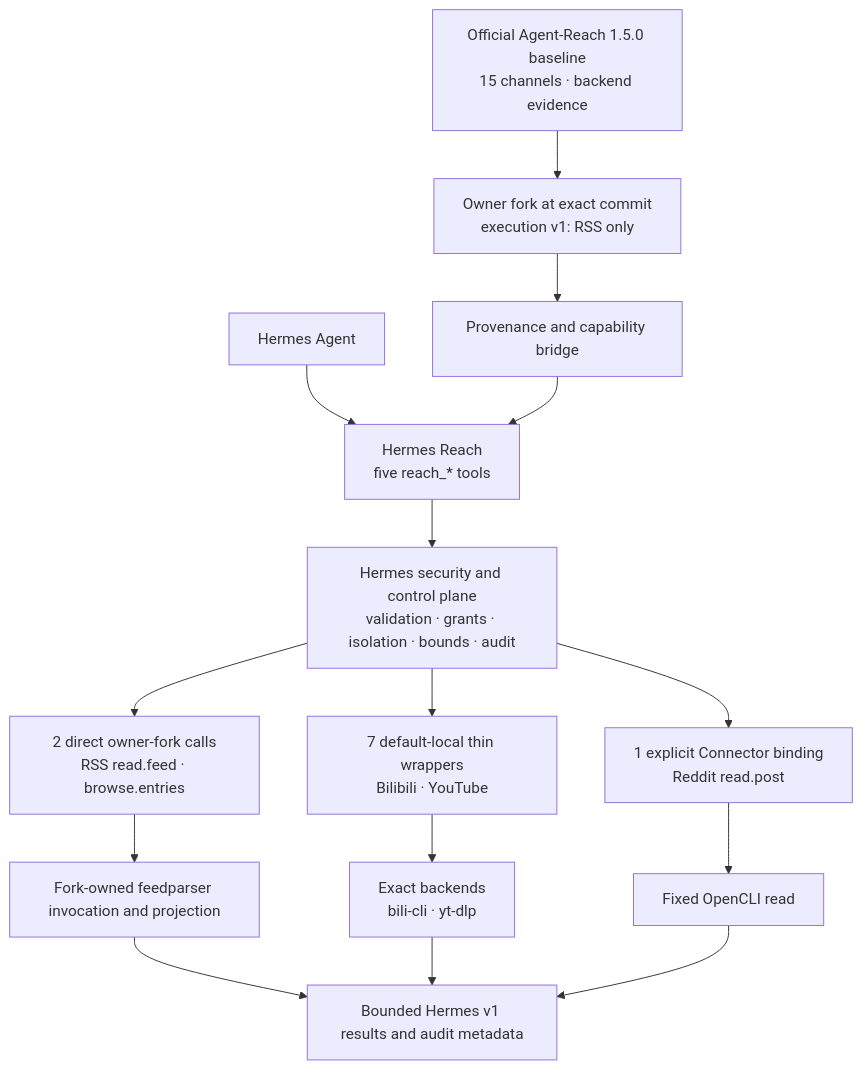
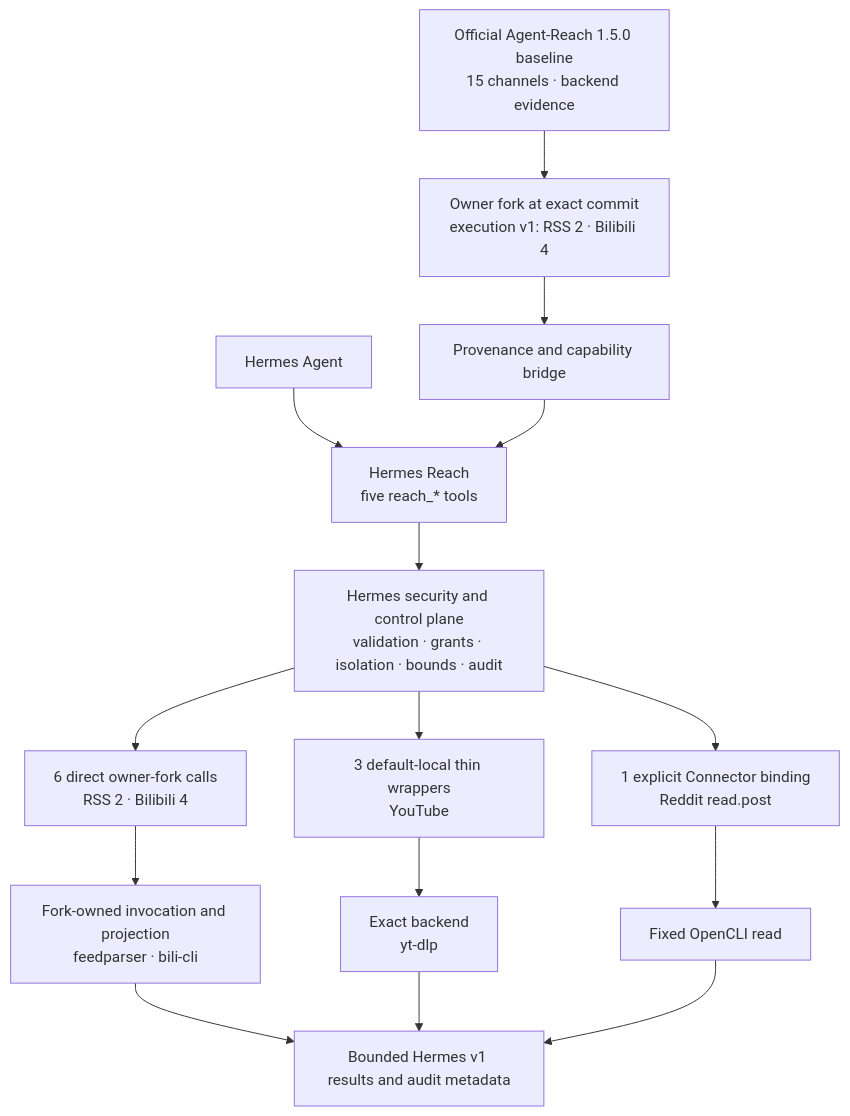
One commit to izumi0uu/hermes-reach changed the first of 2 diagrams in README_EN.md. Above: the diagram before and after it, drawn with Mermaid. The commit also changed other lines of this file and 29 other files, not shown here.

Commit message:
feat(agent-reach): execute Bilibili through fork runtime

````diff
--- a/README_EN.md
+++ b/README_EN.md
@@ -296,17 +296,17 @@
 ```mermaid
 flowchart TD
     Hermes["Hermes Agent"] --> Plugin["Hermes Reach<br/>five reach_* tools"]
-    Upstream["Official Agent-Reach 1.5.0 baseline<br/>15 channels · backend evidence"] --> Fork["Owner fork at exact commit<br/>execution v1: RSS only"]
+    Upstream["Official Agent-Reach 1.5.0 baseline<br/>15 channels · backend evidence"] --> Fork["Owner fork at exact commit<br/>execution v1: RSS 2 · Bilibili 4"]
     Fork --> Bridge["Provenance and capability bridge"]
     Bridge --> Plugin
     Plugin --> Guard["Hermes security and control plane<br/>validation · grants · isolation · bounds · audit"]
-    Guard --> RSS["2 direct owner-fork calls<br/>RSS read.feed · browse.entries"]
-    Guard --> Local["7 default-local thin wrappers<br/>Bilibili · YouTube"]
+    Guard --> ForkOps["6 direct owner-fork calls<br/>RSS 2 · Bilibili 4"]
+    Guard --> Local["3 default-local thin wrappers<br/>YouTube"]
     Guard --> Connector["1 explicit Connector binding<br/>Reddit read.post"]
-    RSS --> Feedparser["Fork-owned feedparser invocation and projection"]
-    Local --> Backends["Exact backends<br/>bili-cli · yt-dlp"]
+    ForkOps --> ForkBackends["Fork-owned invocation and projection<br/>feedparser · bili-cli"]
+    Local --> Backends["Exact backend<br/>yt-dlp"]
     Connector --> OpenCLI["Fixed OpenCLI read"]
-    Feedparser --> Results["Bounded Hermes v1 results and audit metadata"]
+    ForkBackends --> Results["Bounded Hermes v1 results and audit metadata"]
     Backends --> Results
     OpenCLI --> Results
 ```
````
